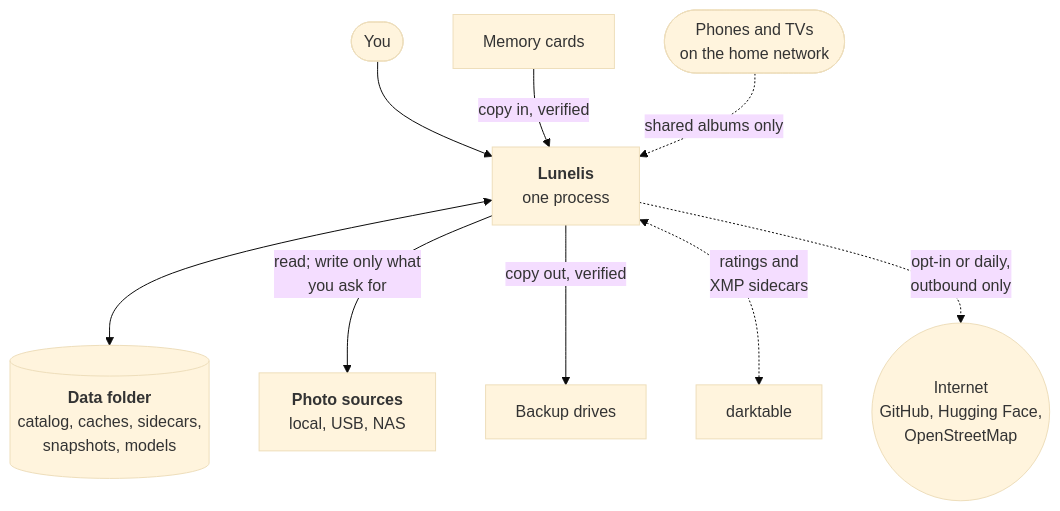
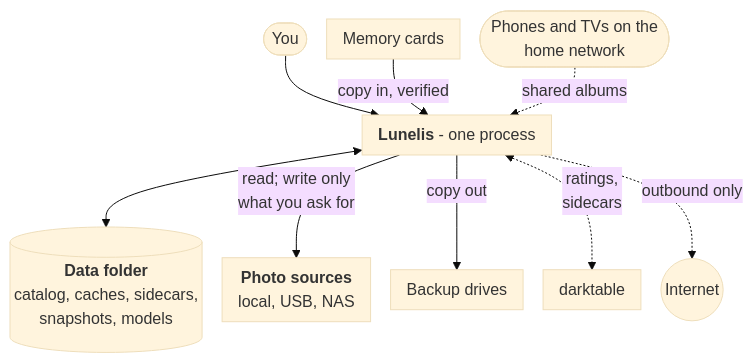
Before and after one commit to AxialForge/Lunelis: the first of 14 diagrams in docs/src/dataflow-lunelis.md, drawn with Mermaid (base theme). The commit also changed other lines of this file and 3 other files, not shown here.

Commit message:
Kit: keep table header and last rows with their neighbours, taller figures, diagram and table guidance in the style guide

````diff
--- a/docs/src/dataflow-lunelis.md
+++ b/docs/src/dataflow-lunelis.md
@@ -21,11 +21,12 @@
 ```mermaid System context. Photos stay on their disks, Lunelis keeps its records in the data folder, and the internet is optional and outbound only.
-flowchart TD
-  user([You]) --> app["<b>Lunelis</b><br/>one process"]
-  app <--> data[("<b>Data folder</b><br/>catalog, caches, sidecars,<br/>snapshots, models")]
-  app -- "read; write only what<br/>you ask for" --> photos["<b>Photo sources</b><br/>local, USB, NAS"]
+%%{init: {"flowchart": {"rankSpacing": 24, "nodeSpacing": 20, "padding": 8}}}%%
+flowchart TB
+  user([You]) --> app
   cards["Memory cards"] -- "copy in, verified" --> app
-  app -- "copy out, verified" --> backups["Backup drives"]
-  app <-. "ratings and<br/>XMP sidecars" .-> dt["darktable"]
-  lan(["Phones and TVs<br/>on the home network"]) -. "shared albums only" .-> app
-  app -. "opt-in or daily,<br/>outbound only" .-> net(("Internet<br/>GitHub, Hugging Face,<br/>OpenStreetMap"))
+  lan(["Phones and TVs on the<br/>home network"]) -. "shared albums" .-> app
+  app["<b>Lunelis</b> - one process"] <--> data[("<b>Data folder</b><br/>catalog, caches, sidecars,<br/>snapshots, models")]
+  app -- "read; write only<br/>what you ask for" --> photos["<b>Photo sources</b><br/>local, USB, NAS"]
+  app -- "copy out" --> backups["Backup drives"]
+  app <-. "ratings,<br/>sidecars" .-> dt["darktable"]
+  app -. "outbound only" .-> net(("Internet"))
 ```
````
